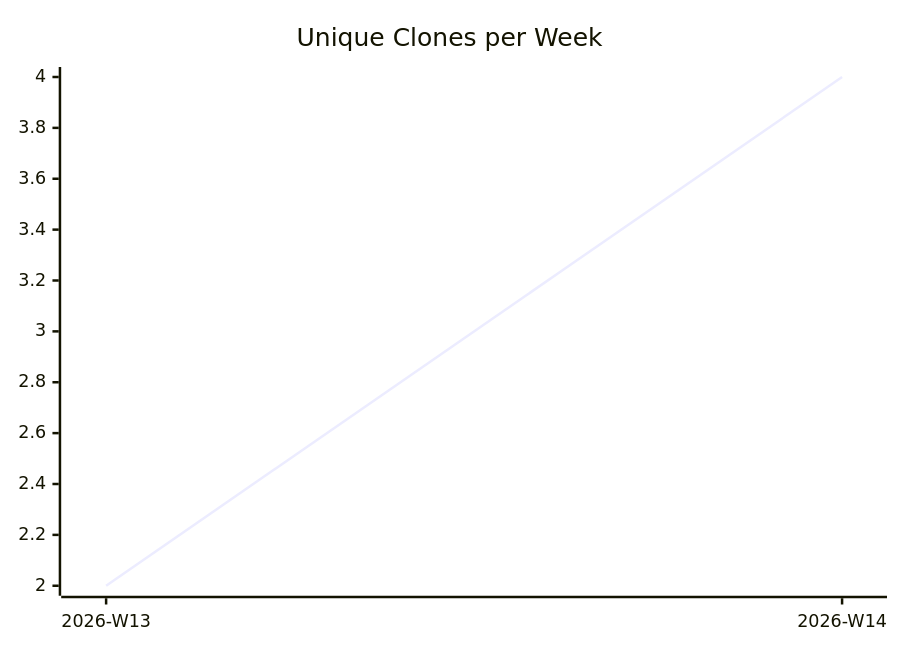
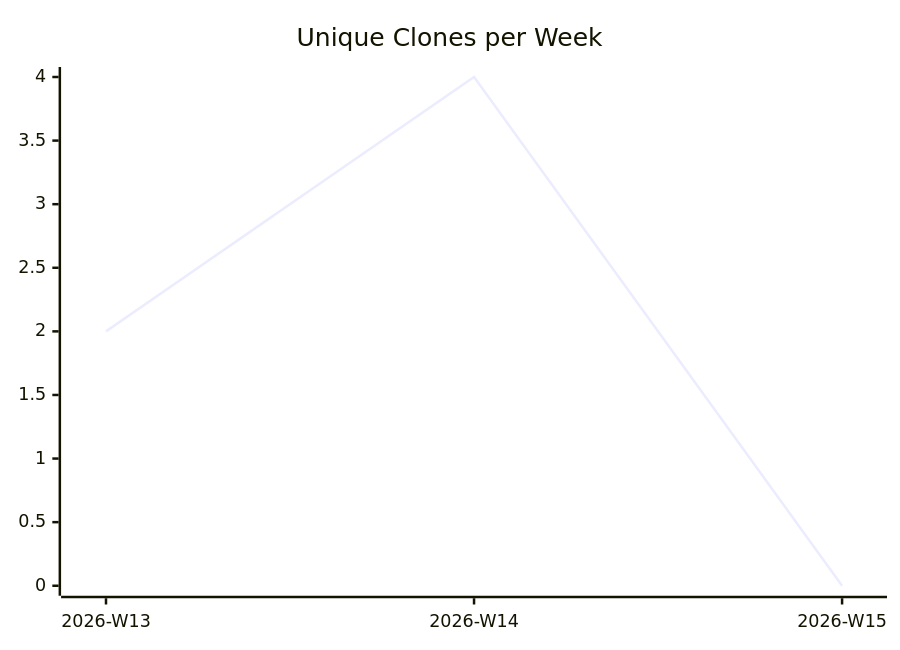
The third of 3 diagrams in karlmdavis/workstation-base-ansible-role/README.md (justdavis-family/github-analytics-data), drawn with Mermaid before and after one commit. The commit also changed other lines of this file and 190 other files, not shown here.

````diff
--- a/karlmdavis/workstation-base-ansible-role/README.md
+++ b/karlmdavis/workstation-base-ansible-role/README.md
@@ -19,6 +19,6 @@
 ```mermaid
 xychart-beta
   title "Unique Clones per Week"
-  x-axis ["2026-W13", "2026-W14"]
-  line [2, 4]
+  x-axis ["2026-W13", "2026-W14", "2026-W15"]
+  line [2, 4, 0]
 ```
````
